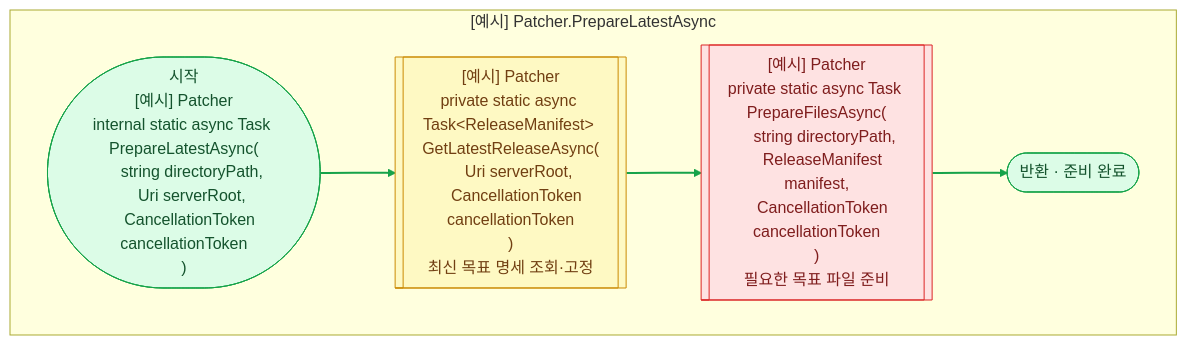
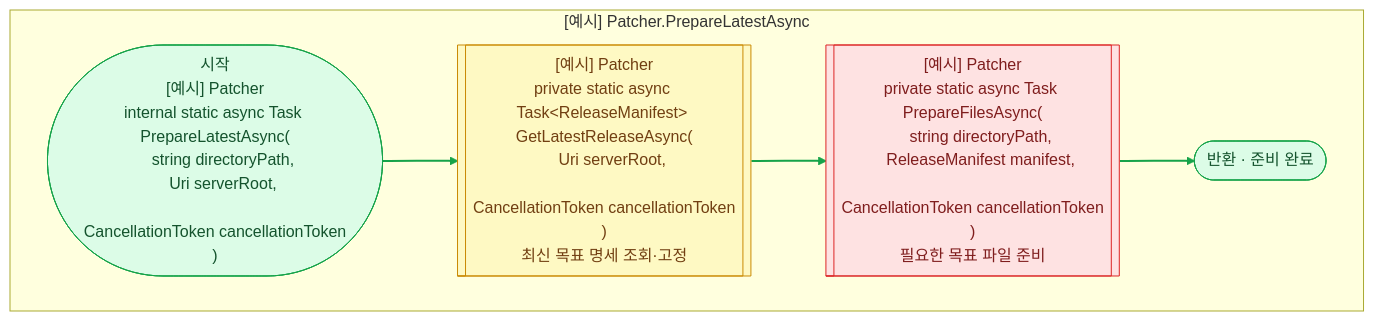
One commit to ParkMinDev/AgentSkills changed the seventh of 8 diagrams in skills/algorithm-flowchart/references/examples.md. Above: the diagram before and after it, drawn with Mermaid. The commit also changed other lines of this file and 1 other file, not shown here.

Commit message:
Keep flowchart parameter types and names on one line

````diff
--- a/skills/algorithm-flowchart/references/examples.md
+++ b/skills/algorithm-flowchart/references/examples.md
@@ -187,19 +189,19 @@
 ```mermaid
 flowchart TD
     subgraph MAIN["[예시] Patcher.PrepareLatestAsync"]
-        START(["시작<br/>[예시] Patcher<br/>internal static async Task PrepareLatestAsync(<br/>　string directoryPath,<br/>　Uri serverRoot,<br/>　CancellationToken cancellationToken<br/>)"])
-        FETCH[["[예시] Patcher<br/>private static async Task&lt;ReleaseManifest&gt; GetLatestReleaseAsync(<br/>　Uri serverRoot,<br/>　CancellationToken cancellationToken<br/>)<br/>최신 목표 명세 조회·고정"]]
-        PREPARE[["[예시] Patcher<br/>private static async Task PrepareFilesAsync(<br/>　string directoryPath,<br/>　ReleaseManifest manifest,<br/>　CancellationToken cancellationToken<br/>)<br/>필요한 목표 파일 준비"]]
+        START(["시작<br/>[예시] Patcher<br/>internal static async Task PrepareLatestAsync(<br/>　string&nbsp;directoryPath,<br/>　Uri&nbsp;serverRoot,<br/>　CancellationToken&nbsp;cancellationToken<br/>)"])
+        FETCH[["[예시] Patcher<br/>private static async Task&lt;ReleaseManifest&gt; GetLatestReleaseAsync(<br/>　Uri&nbsp;serverRoot,<br/>　CancellationToken&nbsp;cancellationToken<br/>)<br/>최신 목표 명세 조회·고정"]]
+        PREPARE[["[예시] Patcher<br/>private static async Task PrepareFilesAsync(<br/>　string&nbsp;directoryPath,<br/>　ReleaseManifest&nbsp;manifest,<br/>　CancellationToken&nbsp;cancellationToken<br/>)<br/>필요한 목표 파일 준비"]]
         DONE(["반환 · 준비 완료"])
         START --> FETCH
         FETCH --> PREPARE
         PREPARE --> DONE
     end
     classDef low fill:#dcfce7,stroke:#16a34a,color:#14532d
     classDef medium fill:#fef9c3,stroke:#ca8a04,color:#713f12
     classDef high fill:#fee2e2,stroke:#dc2626,color:#7f1d1d
     class START,DONE low
     class FETCH medium
     class PREPARE high
     linkStyle default stroke:#16A34A,stroke-width:2px
 ```
````
